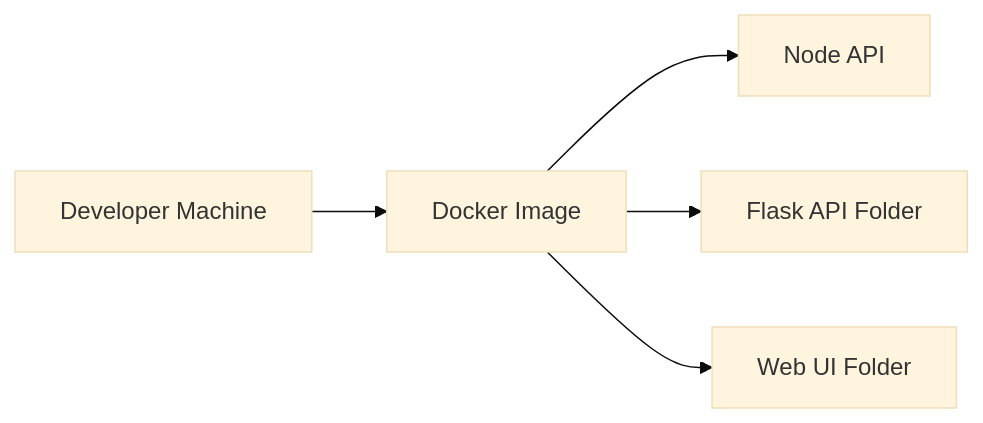
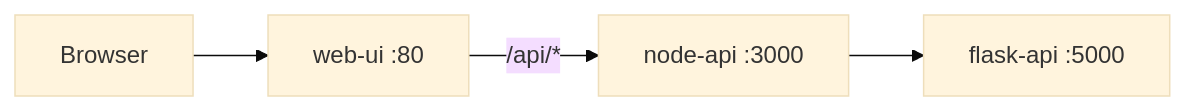
One commit to Here2ServeU/express-reliability-platform-course changed the diagram in express-reliability-platform-v02/README.md. Above: the diagram before and after it, drawn with Mermaid (base theme). The commit also changed other lines of this file and 11 other files, not shown here.

````diff
--- a/express-reliability-platform-v02/README.md
+++ b/express-reliability-platform-v02/README.md
@@ -19,7 +12,6 @@
 ```mermaid
 flowchart LR
-    Dev[Developer Machine] --> Docker[Docker Image]
-    Docker --> Node[Node API]
-    Docker --> Flask[Flask API Folder]
-    Docker --> UI[Web UI Folder]
+      Browser --> UI[web-ui :80]
+      UI -->|/api/*| Node[node-api :3000]
+      Node --> Flask[flask-api :5000]
 ```
````
